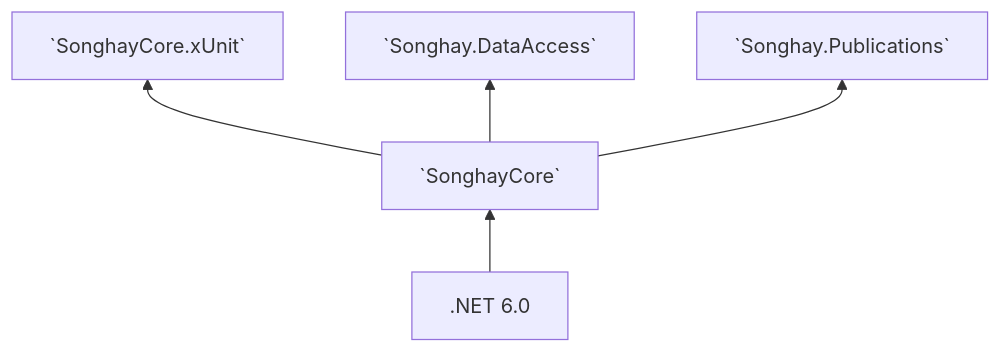
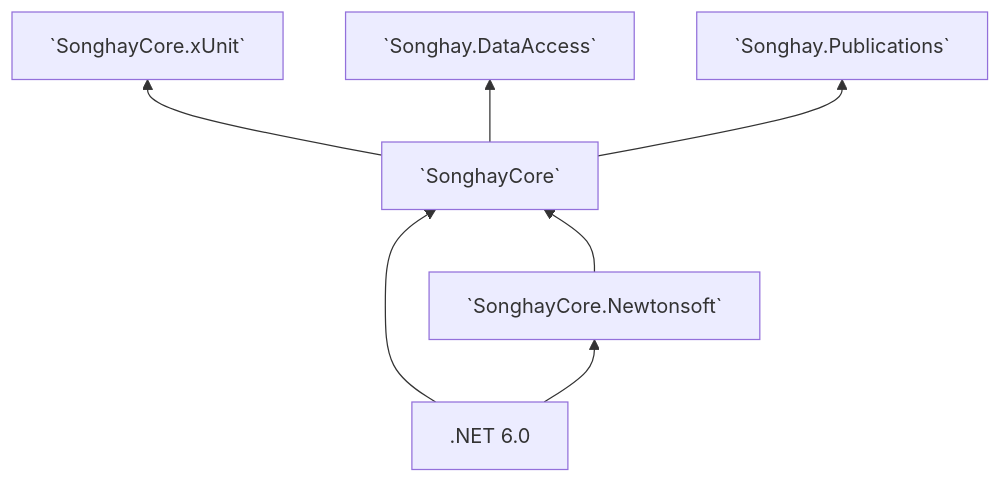
One commit to BryanWilhite/SonghayCore changed the diagram in README.md. Above: the diagram before and after it, drawn with Mermaid.

````diff
--- a/README.md
+++ b/README.md
@@ -96,13 +96,15 @@
 ```mermaid
 graph BT
     net6[.NET 6.0]
 
     1[`SonghayCore`]
+    2[`SonghayCore.Newtonsoft`]
 
     net6-->1
+    net6-->2
+    2-->1
 
-    1-->2[`SonghayCore.xUnit`]
-    1-->3[`Songhay.DataAccess`]
-    1-->4[`Songhay.Publications`]
-
+    1-->3[`SonghayCore.xUnit`]
+    1-->4[`Songhay.DataAccess`]
+    1-->5[`Songhay.Publications`]
 ```
````
